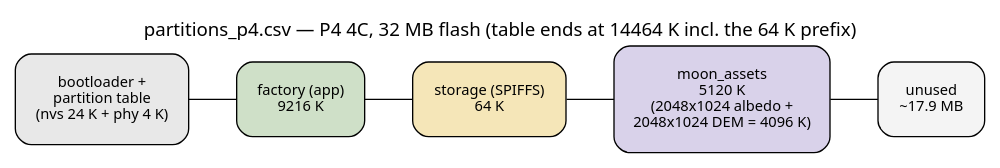
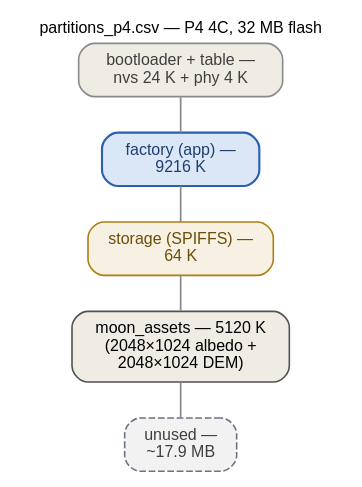
One commit to ukos-git/moon-clock-esp changed the diagram in docs/_graphs/partition-p4.dot. Above: the diagram before and after it, drawn with Graphviz. The commit also changed 21 other files, not shown here.

```diff
--- a/docs/_graphs/partition-p4.dot
+++ b/docs/_graphs/partition-p4.dot
@@ -1,19 +1,40 @@
-// P4 (32 MB flash) partition layout — partitions_p4.csv
+// P4 (32 MB flash) partition layout — partitions_p4.csv, verified
+// against the tracked CSV before drawing: bootloader + partition
+// table (nvs 24 K + phy 4 K), factory app 9216 K, storage SPIFFS
+// 64 K, moon_assets 5120 K (2048x1024 albedo + 2048x1024 DEM =
+// 4096 K combined), then unused. The table ends at 14464 K including
+// the 64 K prefix; ~17.9 MB stays unused. The binary header stays
+// 16 MB, so esptool's size-mismatch warning on this board is
+// EXPECTED, not a fault.
+// FONTS: 12 pt = the page's 16 px body text at 1:1 — kept inside the
+// content column.
 // Rendered inline as SVG by sphinx.ext.graphviz (dot on PATH).
 digraph partitions_p4 {
-    rankdir=LR;
-    label="partitions_p4.csv — P4 4C, 32 MB flash (table ends at 14464 K incl. the 64 K prefix)";
-    labelloc=t;
-    fontsize=14;
-    fontname=sans;
-    node [fontname=sans, shape=box, style="rounded,filled", height=0.55, margin=0.22, fontsize=11];
-    edge [fontname=sans, fontsize=9, arrowhead=none];
+    rankdir=TB;
+    label="partitions_p4.csv — P4 4C, 32 MB flash";
+    labelloc="t"; labeljust="c";
+    fontname="Helvetica"; fontsize=12;
+    graph [nodesep=0.4, ranksep=0.38];
+    node [fontname="Helvetica", fontsize=12, shape=box, style="rounded,filled",
+          width=0, height=0, margin="0.16,0.10", fillcolor="#f2f2ef",
+          color="#525252", penwidth=1.2];
+    edge [fontname="Helvetica", fontsize=12, color="#8a8a8a", penwidth=1.3,
+          arrowhead=none];
 
-    boot    [label="bootloader +\npartition table\n(nvs 24 K + phy 4 K)", fillcolor="#e8e8e8", fillstyle=solid];
-    factory [label="factory (app)\n9216 K", fillcolor="#cfe0c8", fillstyle=solid];
-    storage [label="storage (SPIFFS)\n64 K", fillcolor="#f5e6b8", fillstyle=solid];
-    assets  [label="moon_assets\n5120 K\n(2048x1024 albedo +\n2048x1024 DEM = 4096 K)", fillcolor="#d9d2ea", fillstyle=solid];
-    free    [label="unused\n~17.9 MB", fillcolor="#f4f4f4", fillstyle=solid];
+    boot    [label="bootloader + table —\nnvs 24 K + phy 4 K",
+             fillcolor="#efece4", color="#8a8a8a", fontcolor="#3f3f3f"];
+    factory [label="factory (app) —\n9216 K",
+             fillcolor="#dbe7f6", color="#2b5fb0", fontcolor="#1e3f70", penwidth=1.6];
+    storage [label="storage (SPIFFS) —\n64 K",
+             fillcolor="#f6f1e2", color="#b07d10", fontcolor="#6b4e08"];
+    assets  [label="moon_assets — 5120 K\n(2048×1024 albedo +\n2048×1024 DEM)",
+             fillcolor="#efece4"];
+    free    [label="unused —\n~17.9 MB",
+             fillcolor="#f2f2f2", color="#6b7280", fontcolor="#3f3f3f",
+             style="rounded,filled,dashed"];
 
-    boot -> factory -> storage -> assets -> free;
+    boot -> factory;
+    factory -> storage;
+    storage -> assets;
+    assets -> free;
 }
```
